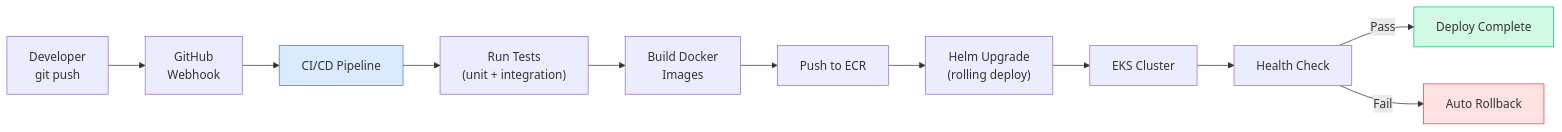
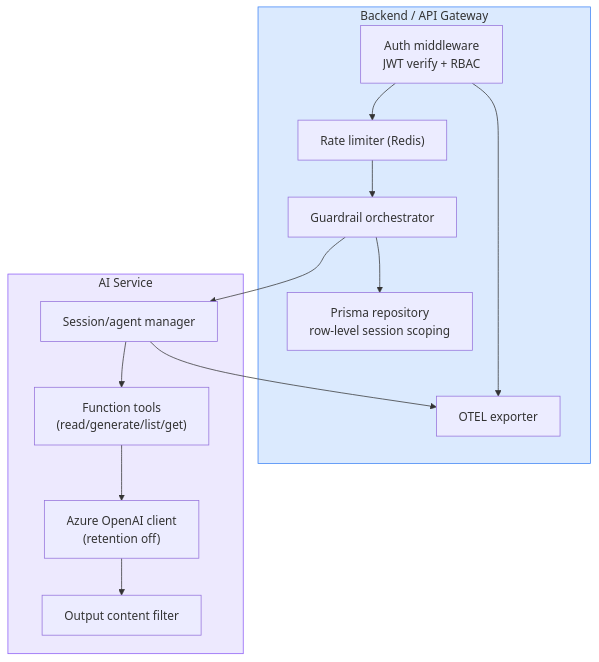
One commit to shankasf/small_migration changed the sixth of 6 diagrams in ARCHITECTURE.md. Above: the diagram before and after it, drawn with Mermaid. The commit also changed other lines of this file and 1 other file, not shown here.

First line of the commit message:
docs(architecture): Rewrite as NZ-health-compliant secure architecture

````diff
--- a/ARCHITECTURE.md
+++ b/ARCHITECTURE.md
@@ -1032,17 +410,22 @@
 ```mermaid
-graph LR
-    Dev["Developer<br/>git push"] --> GH["GitHub<br/>Webhook"]
-    GH --> CI["CI/CD Pipeline"]
-    CI --> Test["Run Tests<br/>(unit + integration)"]
-    Test --> Build["Build Docker<br/>Images"]
-    Build --> ECR["Push to ECR"]
-    ECR --> Helm["Helm Upgrade<br/>(rolling deploy)"]
-    Helm --> EKS["EKS Cluster"]
-    EKS --> HC["Health Check"]
-    HC -->|Pass| Done["Deploy Complete"]
-    HC -->|Fail| RB["Auto Rollback"]
-
-    style CI fill:#dbeafe,stroke:#3b82f6
-    style Done fill:#d1fae5,stroke:#10b981
-    style RB fill:#fee2e2,stroke:#ef4444
+graph TB
+    subgraph BE["Backend / API Gateway"]
+        AuthMW["Auth middleware<br/>JWT verify + RBAC"]
+        RL["Rate limiter (Redis)"]
+        GRP["Guardrail orchestrator"]
+        Repo["Prisma repository<br/>row-level session scoping"]
+        Emit["OTEL exporter"]
+    end
+    subgraph AIS["AI Service"]
+        Sess["Session/agent manager"]
+        Tools["Function tools<br/>(read/generate/list/get)"]
+        Client["Azure OpenAI client<br/>(retention off)"]
+        OutF["Output content filter"]
+    end
+    AuthMW --> RL --> GRP --> Repo
+    GRP --> Sess --> Tools --> Client --> OutF
+    AuthMW --> Emit
+    Sess --> Emit
+    style BE fill:#dbeafe,stroke:#3b82f6
+    style AIS fill:#ede9fe,stroke:#8b5cf6
 ```
````
